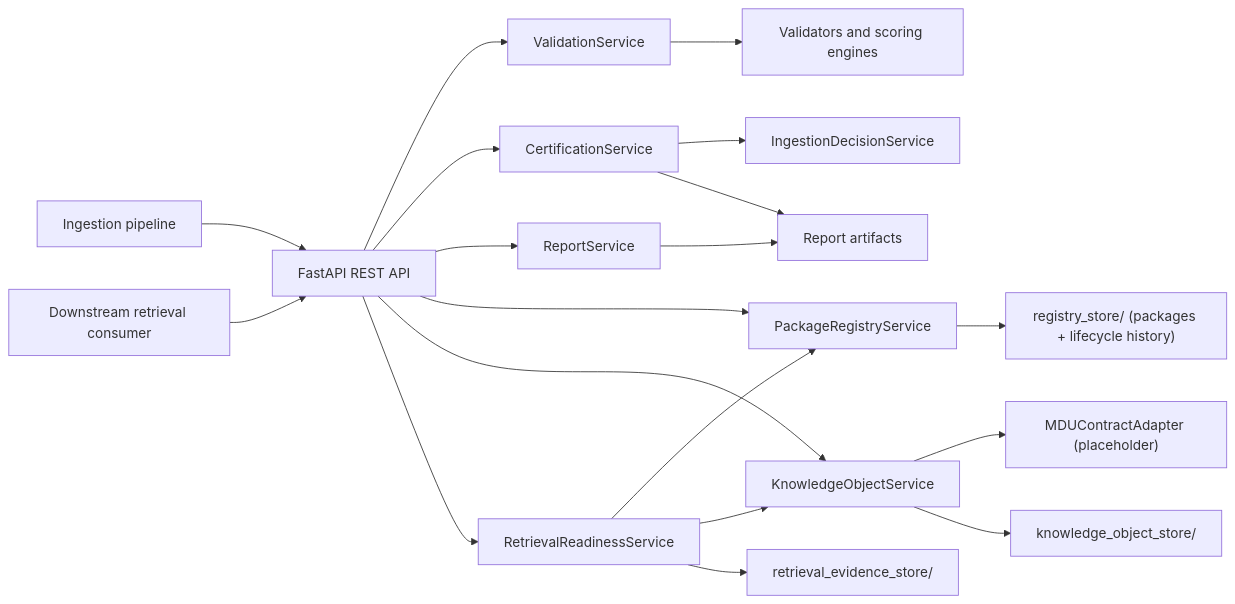
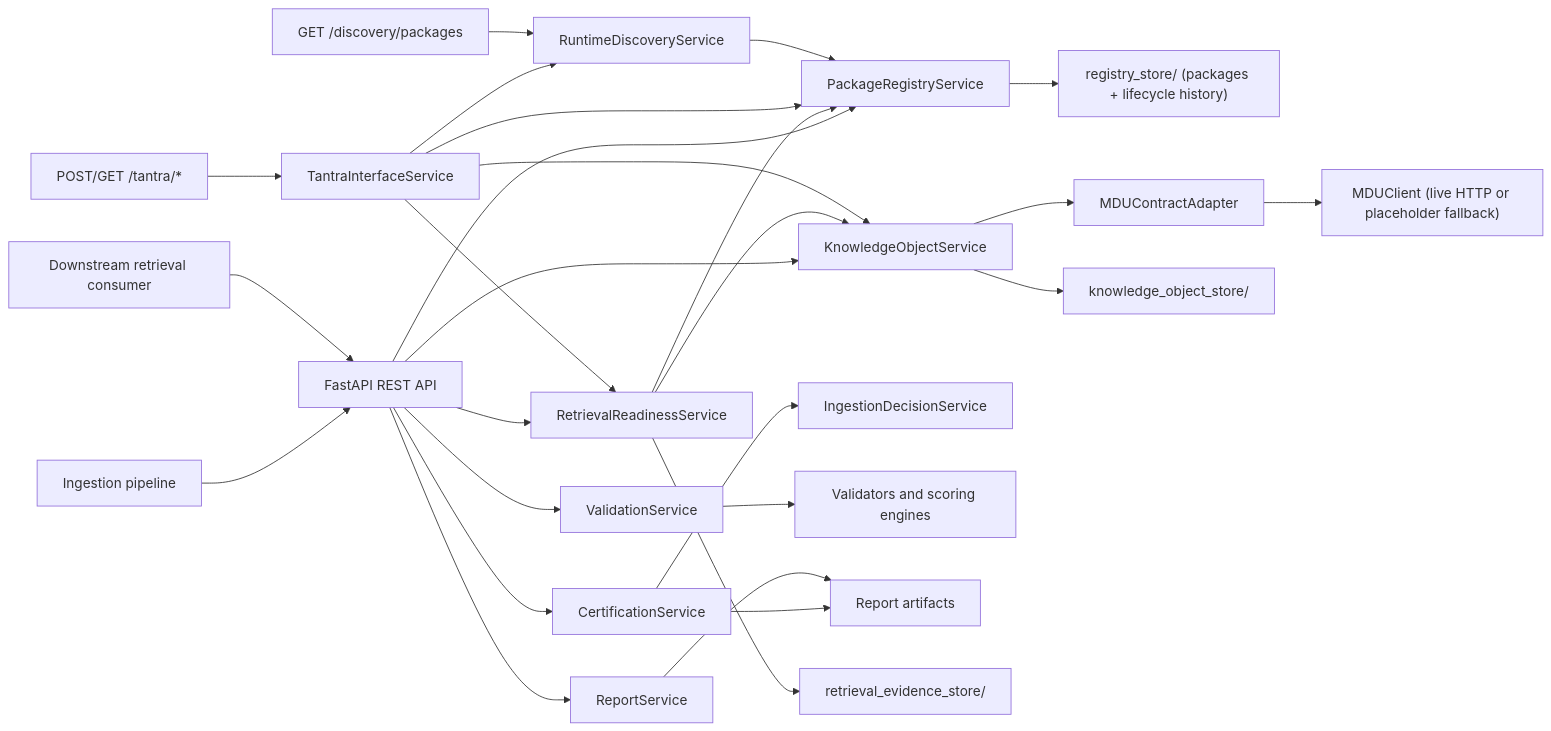
One commit to Kavychangela/masterdb-ingestion-certification-service changed the first of 3 diagrams in README.md. Above: the diagram before and after it, drawn with Mermaid. The commit also changed other lines of this file and 68 other files, not shown here.

````diff
--- a/README.md
+++ b/README.md
@@ -42,24 +50,33 @@
 ```mermaid
 flowchart LR
     Client["Ingestion pipeline"] --> API["FastAPI REST API"]
     Consumer["Downstream retrieval consumer"] --> API
 
     API --> ValidationService["ValidationService"]
     API --> CertificationService["CertificationService"]
     API --> ReportService["ReportService"]
     API --> RegistryService["PackageRegistryService"]
     API --> KnowledgeObjectService["KnowledgeObjectService"]
     API --> RetrievalService["RetrievalReadinessService"]
 
     CertificationService --> DecisionService["IngestionDecisionService"]
     ValidationService --> Validators["Validators and scoring engines"]
     CertificationService --> Store["Report artifacts"]
     ReportService --> Store
 
     RegistryService --> RegistryStore["registry_store/ (packages + lifecycle history)"]
-    KnowledgeObjectService --> MDUAdapter["MDUContractAdapter (placeholder)"]
+    KnowledgeObjectService --> MDUAdapter["MDUContractAdapter"]
+    MDUAdapter --> MDUClient["MDUClient (live HTTP or placeholder fallback)"]
     KnowledgeObjectService --> KOStore["knowledge_object_store/"]
     RetrievalService --> RegistryService
     RetrievalService --> KnowledgeObjectService
     RetrievalService --> EvidenceStore["retrieval_evidence_store/"]
+
+    TantraAPI["POST/GET /tantra/*"] --> TantraService["TantraInterfaceService"]
+    TantraService --> RegistryService
+    TantraService --> KnowledgeObjectService
+    TantraService --> RetrievalService
+    TantraService --> DiscoveryService["RuntimeDiscoveryService"]
+    DiscoveryAPI["GET /discovery/packages"] --> DiscoveryService
+    DiscoveryService --> RegistryService
 ```
````
